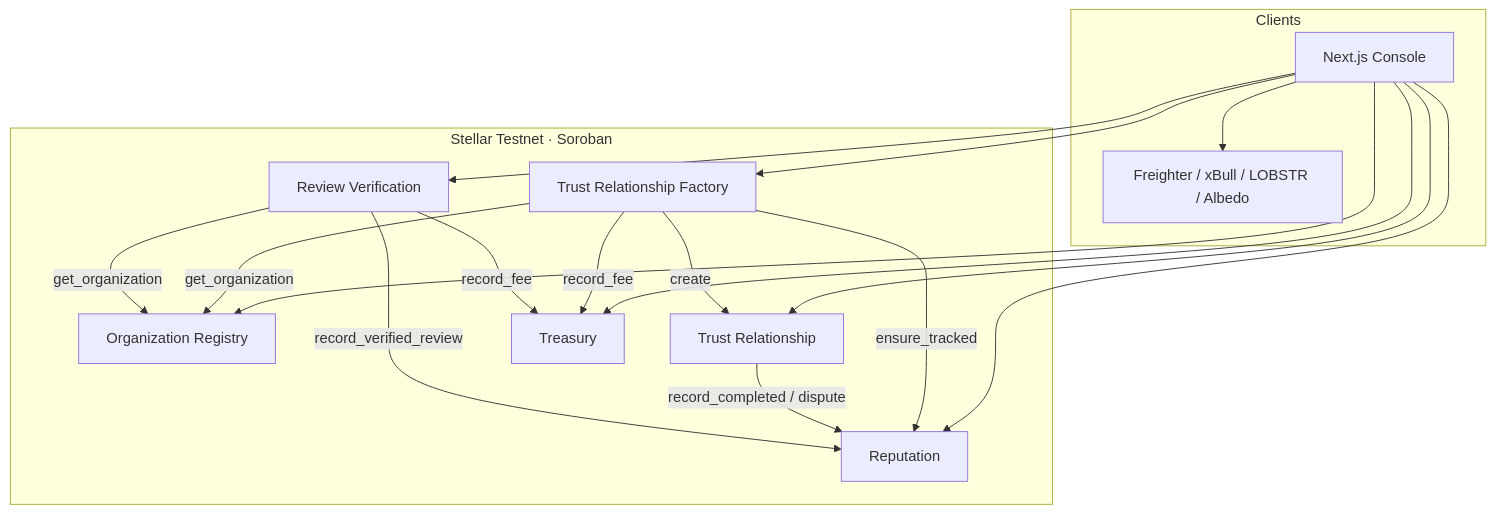
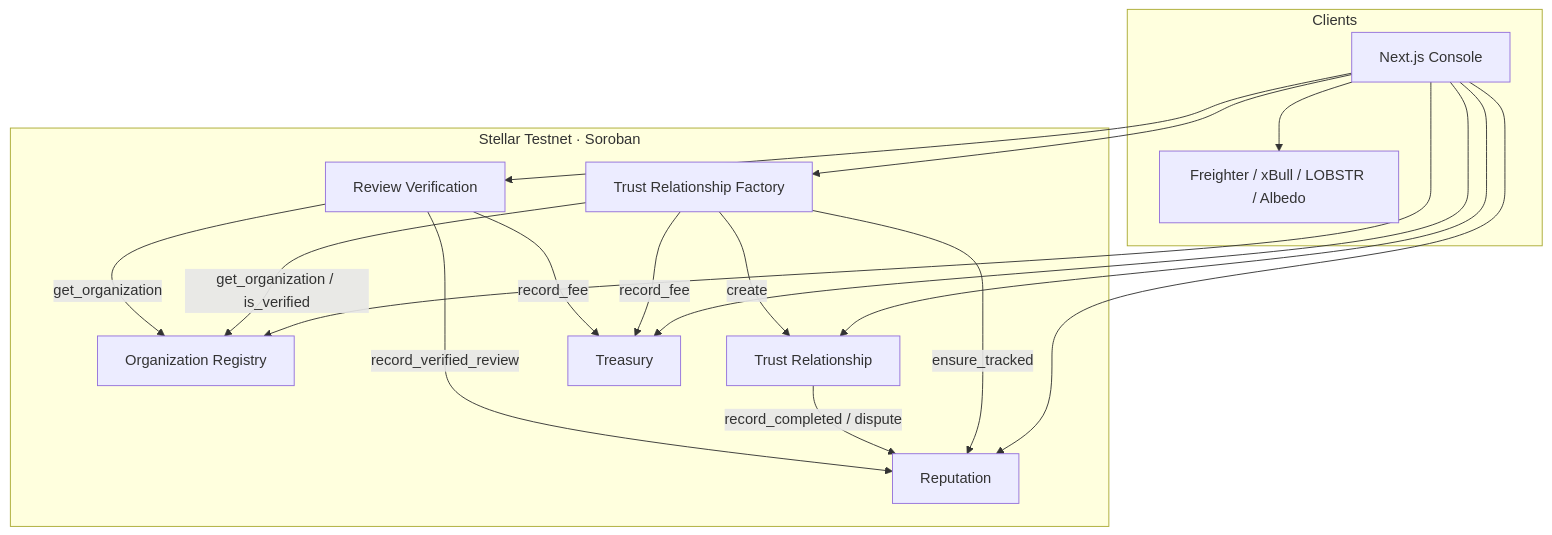
Before and after one commit to nishant-uxs/TrustMesh: the first of 4 diagrams in README.md, drawn with Mermaid. The commit also changed other lines of this file and 3 other files, not shown here.

````diff
--- a/README.md
+++ b/README.md
@@ -152,33 +133,33 @@
 ```mermaid
 flowchart TB
   subgraph Clients
     UI[Next.js Console]
     Wallets[Freighter / xBull / LOBSTR / Albedo]
   end
 
   subgraph Soroban["Stellar Testnet · Soroban"]
     REG[Organization Registry]
     FAC[Trust Relationship Factory]
     REL[Trust Relationship]
     REV[Review Verification]
     REP[Reputation]
     TR[Treasury]
   end
 
   UI --> Wallets
   UI --> REG
   UI --> FAC
   UI --> REL
   UI --> REV
   UI --> REP
   UI --> TR
 
-  FAC -->|get_organization| REG
+  FAC -->|get_organization / is_verified| REG
   FAC -->|create| REL
   FAC -->|ensure_tracked| REP
   FAC -->|record_fee| TR
   REL -->|record_completed / dispute| REP
   REV -->|get_organization| REG
   REV -->|record_verified_review| REP
   REV -->|record_fee| TR
 ```
````
